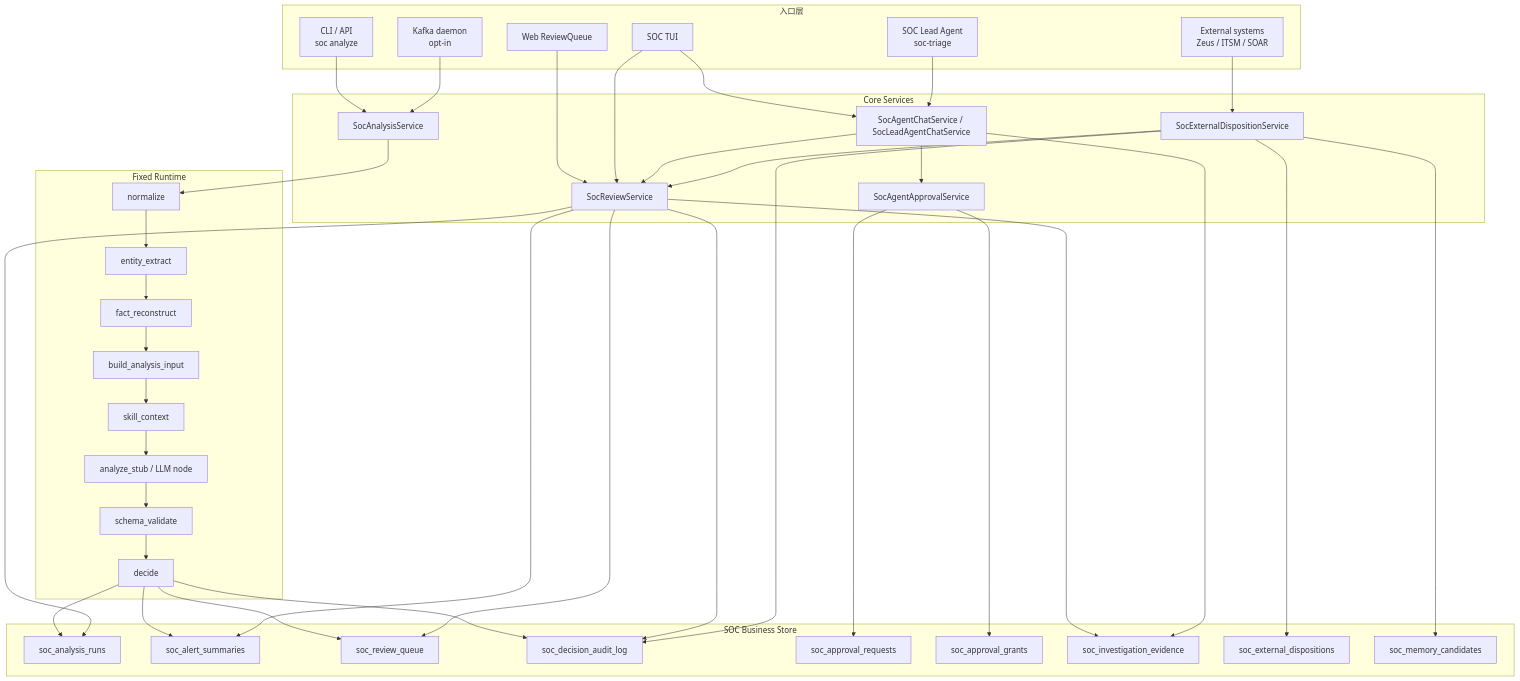
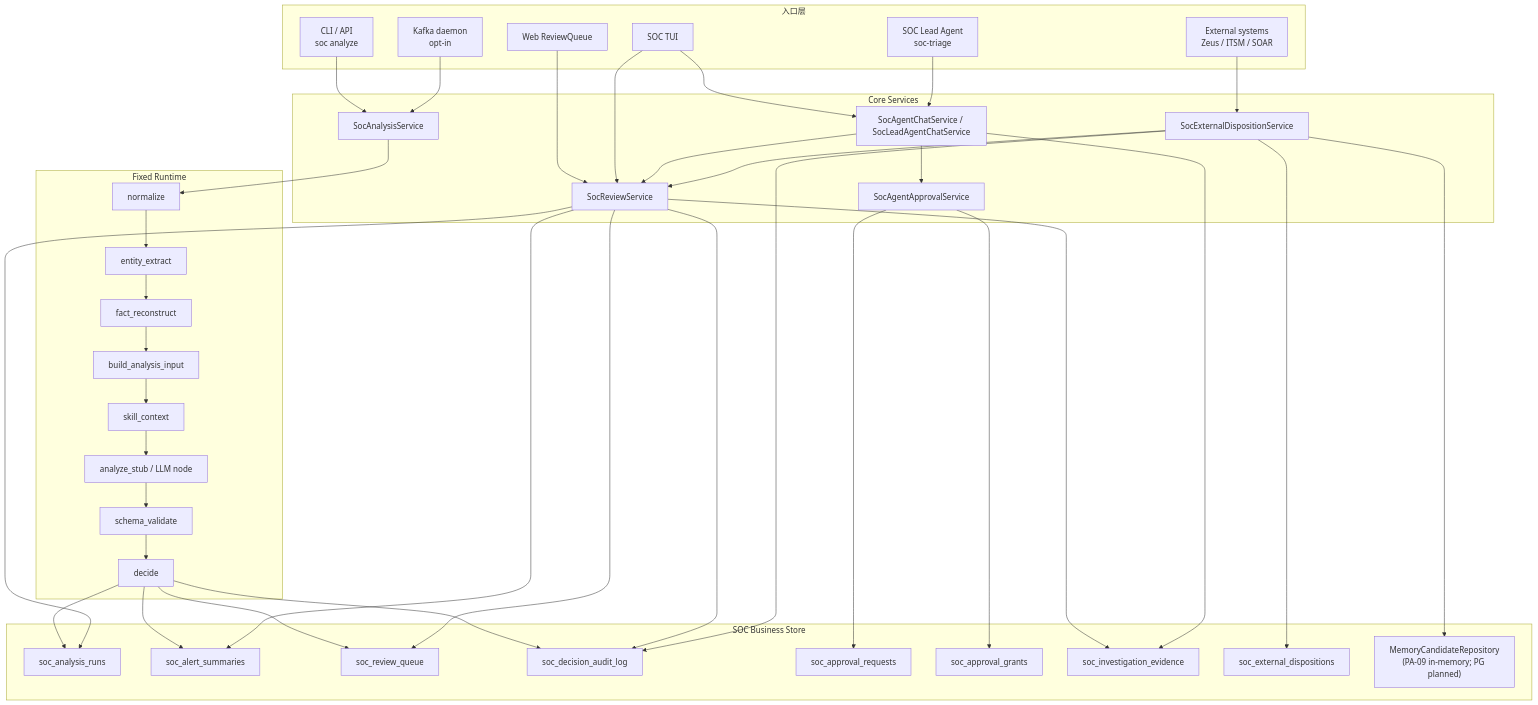
The first of 6 diagrams in .notes/ai_soc/alert-lifecycle-flow.md (yydspanda/deer-flow), drawn with Mermaid before and after one commit. The commit also changed other lines of this file and 39 other files, not shown here.

Commit message:
Add PingAn SOC capability triage flow

````diff
--- a/.notes/ai_soc/alert-lifecycle-flow.md
+++ b/.notes/ai_soc/alert-lifecycle-flow.md
@@ -74,73 +83,73 @@
 ```mermaid
 flowchart TD
     subgraph Inputs["入口层"]
         CLI["CLI / API\nsoc analyze"]
         Kafka["Kafka daemon\nopt-in"]
         Web["Web ReviewQueue"]
         TUI["SOC TUI"]
         Lead["SOC Lead Agent\nsoc-triage"]
         External["External systems\nZeus / ITSM / SOAR"]
     end
 
     subgraph Core["Core Services"]
         Analysis["SocAnalysisService"]
         Review["SocReviewService"]
         Chat["SocAgentChatService / SocLeadAgentChatService"]
         Approval["SocAgentApprovalService"]
         ExternalSync["SocExternalDispositionService"]
     end
 
     subgraph Runtime["Fixed Runtime"]
         Normalize["normalize"]
         Entity["entity_extract"]
         Fact["fact_reconstruct"]
         BuildInput["build_analysis_input"]
         Skill["skill_context"]
         Analyze["analyze_stub / LLM node"]
         Validate["schema_validate"]
         Decide["decide"]
     end
 
     subgraph Stores["SOC Business Store"]
         Runs["soc_analysis_runs"]
         Summary["soc_alert_summaries"]
         Queue["soc_review_queue"]
         Audit["soc_decision_audit_log"]
         ApprovalReq["soc_approval_requests"]
         ApprovalGrant["soc_approval_grants"]
         Evidence["soc_investigation_evidence"]
         Disposition["soc_external_dispositions"]
-        MemoryCandidate["soc_memory_candidates"]
+        MemoryCandidate["MemoryCandidateRepository\n(PA-09 in-memory; PG planned)"]
     end
 
     CLI --> Analysis
     Kafka --> Analysis
     Web --> Review
     TUI --> Review
     TUI --> Chat
     Lead --> Chat
     External --> ExternalSync
 
     Analysis --> Normalize --> Entity --> Fact --> BuildInput --> Skill --> Analyze --> Validate --> Decide
 
     Decide --> Runs
     Decide --> Summary
     Decide --> Queue
     Decide --> Audit
 
     Review --> Queue
     Review --> Runs
     Review --> Summary
     Review --> Audit
     Review --> Evidence
 
     Chat --> Review
     Chat --> Approval
     Chat --> Evidence
     Approval --> ApprovalReq
     Approval --> ApprovalGrant
     ExternalSync --> Review
     ExternalSync --> Audit
     ExternalSync --> Disposition
     ExternalSync --> MemoryCandidate
 ```
````
